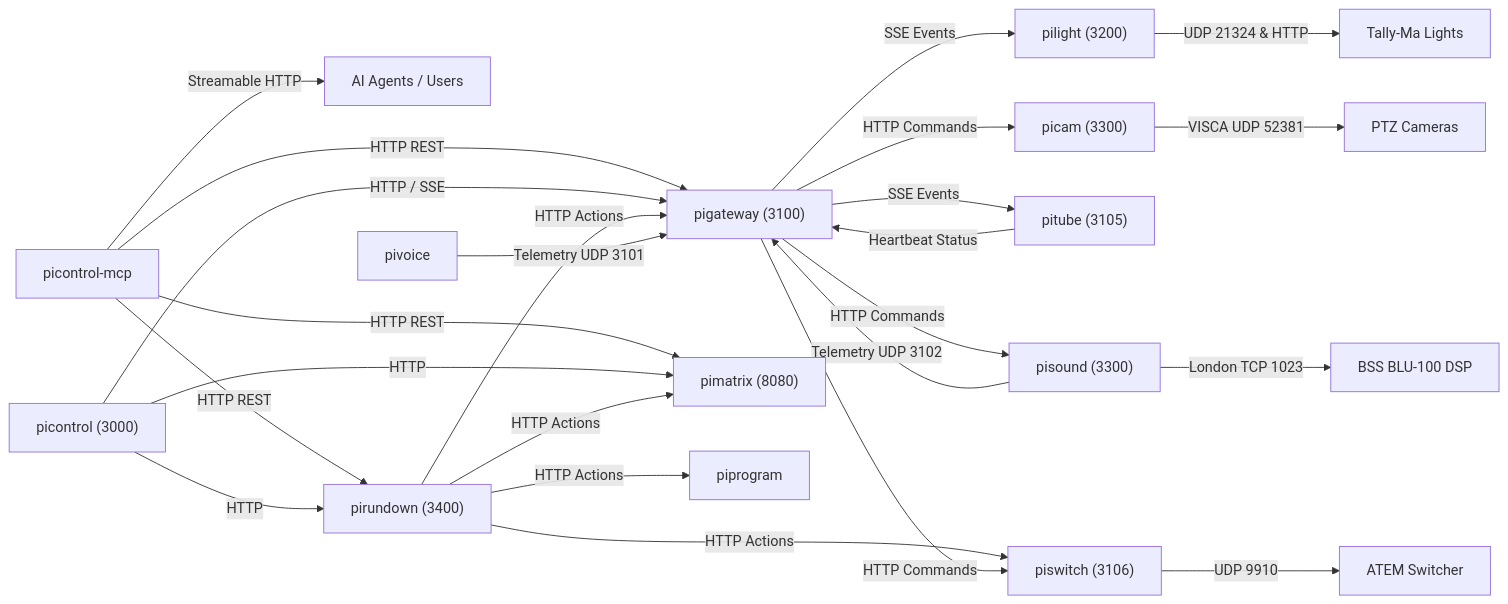
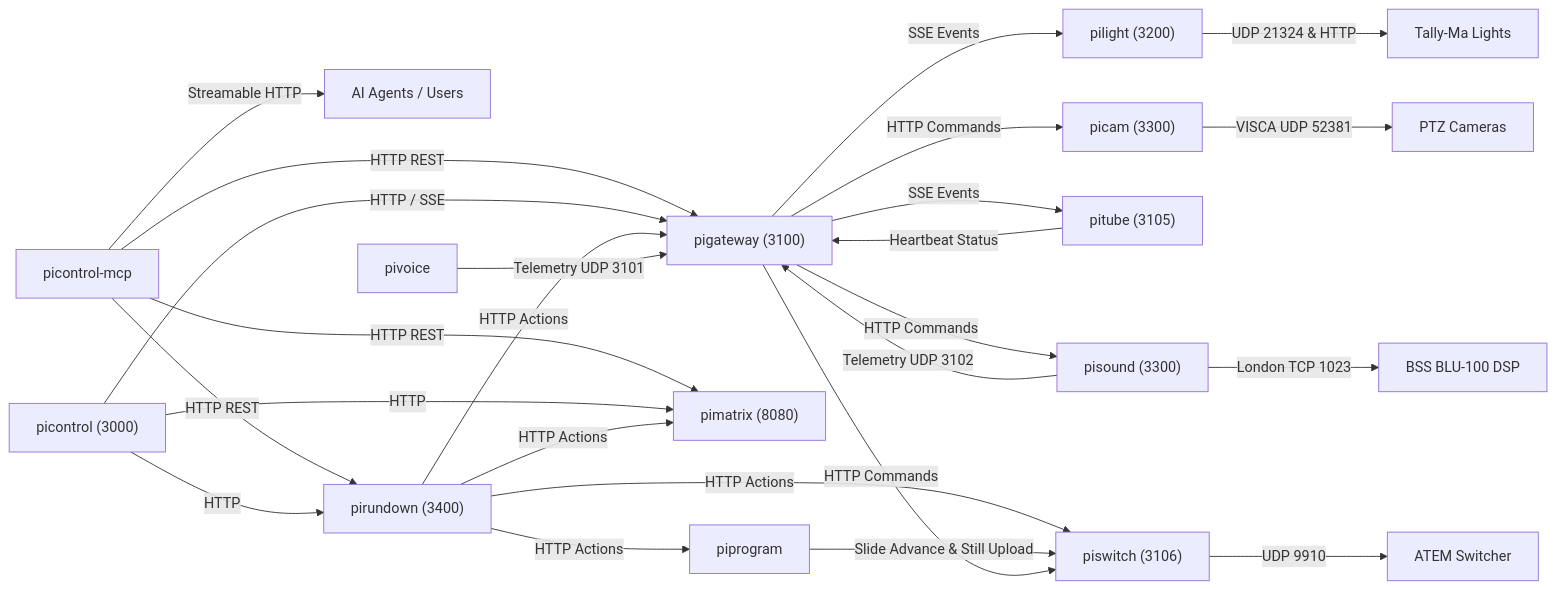
The diagram in docs/inter-service-matrix.md (jsilvanus/piecosystem), drawn with Mermaid before and after one commit. The commit also changed 2 other files, not shown here.

Commit message:
docs: update pimatrix compose2 deprecation and piprogram piswitch media pool sync

````diff
--- a/docs/inter-service-matrix.md
+++ b/docs/inter-service-matrix.md
@@ -36,31 +36,33 @@
 ```mermaid
 graph LR
     MCP["picontrol-mcp"] -->|Streamable HTTP| OPERATOR["AI Agents / Users"]
     MCP -->|HTTP REST| PIGATEWAY["pigateway (3100)"]
     MCP -->|HTTP REST| PIRUNDOWN["pirundown (3400)"]
     MCP -->|HTTP REST| PIMATRIX["pimatrix (8080)"]
 
     PICONTROL["picontrol (3000)"] -->|HTTP / SSE| PIGATEWAY
     PICONTROL -->|HTTP| PIRUNDOWN
     PICONTROL -->|HTTP| PIMATRIX
 
     PIRUNDOWN -->|HTTP Actions| PIGATEWAY
     PIRUNDOWN -->|HTTP Actions| PIMATRIX
     PIRUNDOWN -->|HTTP Actions| PISWITCH["piswitch (3106)"]
     PIRUNDOWN -->|HTTP Actions| PIPROGRAM["piprogram"]
 
+    PIPROGRAM -->|Slide Advance & Still Upload| PISWITCH
+
     PIGATEWAY -->|SSE Events| PILIGHT["pilight (3200)"]
     PIGATEWAY -->|SSE Events| PITUBE["pitube (3105)"]
     PIGATEWAY -->|HTTP Commands| PICAM["picam (3300)"]
     PIGATEWAY -->|HTTP Commands| PISOUND["pisound (3300)"]
     PIGATEWAY -->|HTTP Commands| PISWITCH
 
     PITUBE -->|Heartbeat Status| PIGATEWAY
     PIVOICE["pivoice"] -->|Telemetry UDP 3101| PIGATEWAY
     PISOUND -->|Telemetry UDP 3102| PIGATEWAY
 
     PICAM -->|VISCA UDP 52381| CAMS["PTZ Cameras"]
     PISOUND -->|London TCP 1023| BSS["BSS BLU-100 DSP"]
     PISWITCH -->|UDP 9910| ATEM["ATEM Switcher"]
     PILIGHT -->|UDP 21324 & HTTP| TALLIES["Tally-Ma Lights"]
 ```
````
